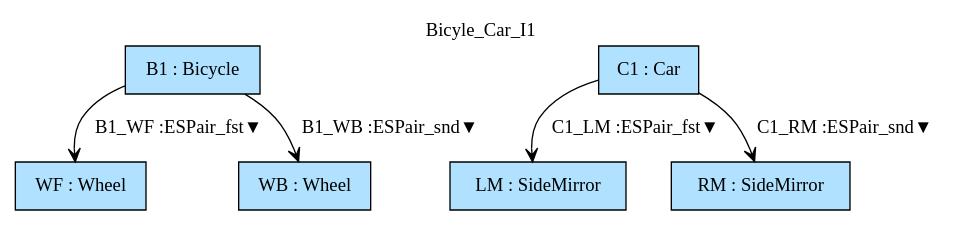
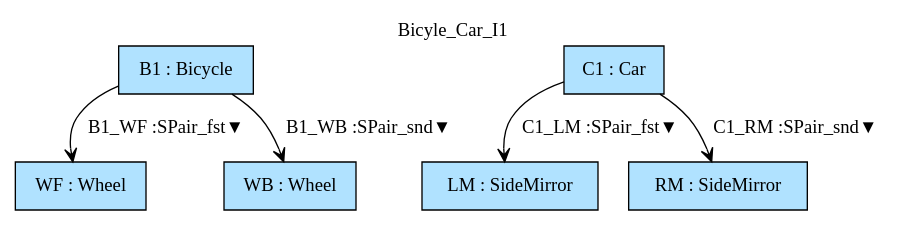
One commit to namalio/Fragmenta changed the diagram in Haskell/FragmentaTests/SGVehicleParts/img/Bicyle_Car_I1.gv. Above: the diagram before and after it, drawn with Graphviz. The commit also changed 32 other files, not shown here.

```diff
--- a/Haskell/FragmentaTests/SGVehicleParts/img/Bicyle_Car_I1.gv
+++ b/Haskell/FragmentaTests/SGVehicleParts/img/Bicyle_Car_I1.gv
@@ -1,13 +1,13 @@
 digraph {graph[label=Bicyle_Car_I1,labelloc=tl,labelfontsize=12];
 "WF"[shape=box,fillcolor=lightskyblue1,style = filled,label="WF : Wheel"];
 "B1"[shape=box,fillcolor=lightskyblue1,style = filled,label="B1 : Bicycle"];
 "WB"[shape=box,fillcolor=lightskyblue1,style = filled,label="WB : Wheel"];
 "LM"[shape=box,fillcolor=lightskyblue1,style = filled,label="LM : SideMirror"];
 "C1"[shape=box,fillcolor=lightskyblue1,style = filled,label="C1 : Car"];
 "RM"[shape=box,fillcolor=lightskyblue1,style = filled,label="RM : SideMirror"];
 
-"B1"->"WF"[label="B1_WF :ESPair_fst▼",arrowhead=vee];
-"B1"->"WB"[label="B1_WB :ESPair_snd▼",arrowhead=vee];
-"C1"->"LM"[label="C1_LM :ESPair_fst▼",arrowhead=vee];
-"C1"->"RM"[label="C1_RM :ESPair_snd▼",arrowhead=vee];
+"B1"->"WF"[label="B1_WF :SPair_fst▼",arrowhead=vee];
+"B1"->"WB"[label="B1_WB :SPair_snd▼",arrowhead=vee];
+"C1"->"LM"[label="C1_LM :SPair_fst▼",arrowhead=vee];
+"C1"->"RM"[label="C1_RM :SPair_snd▼",arrowhead=vee];
 }
```
